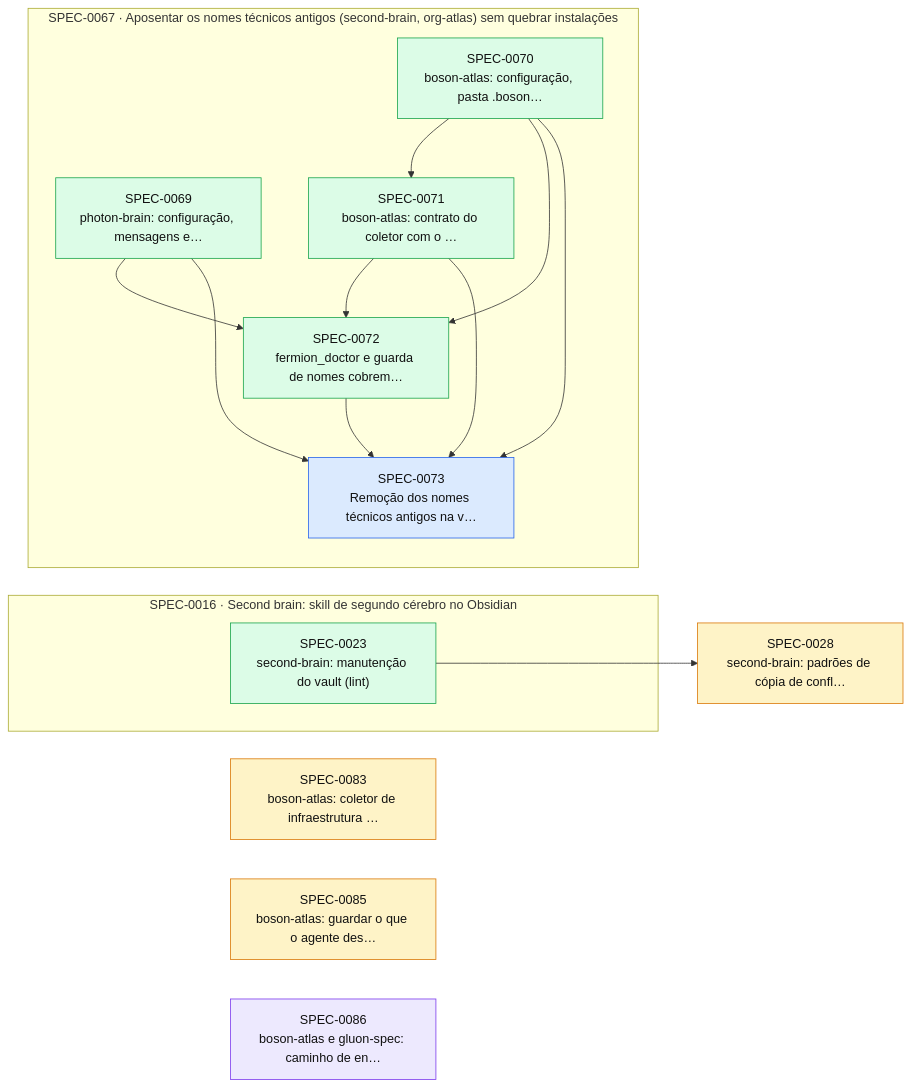
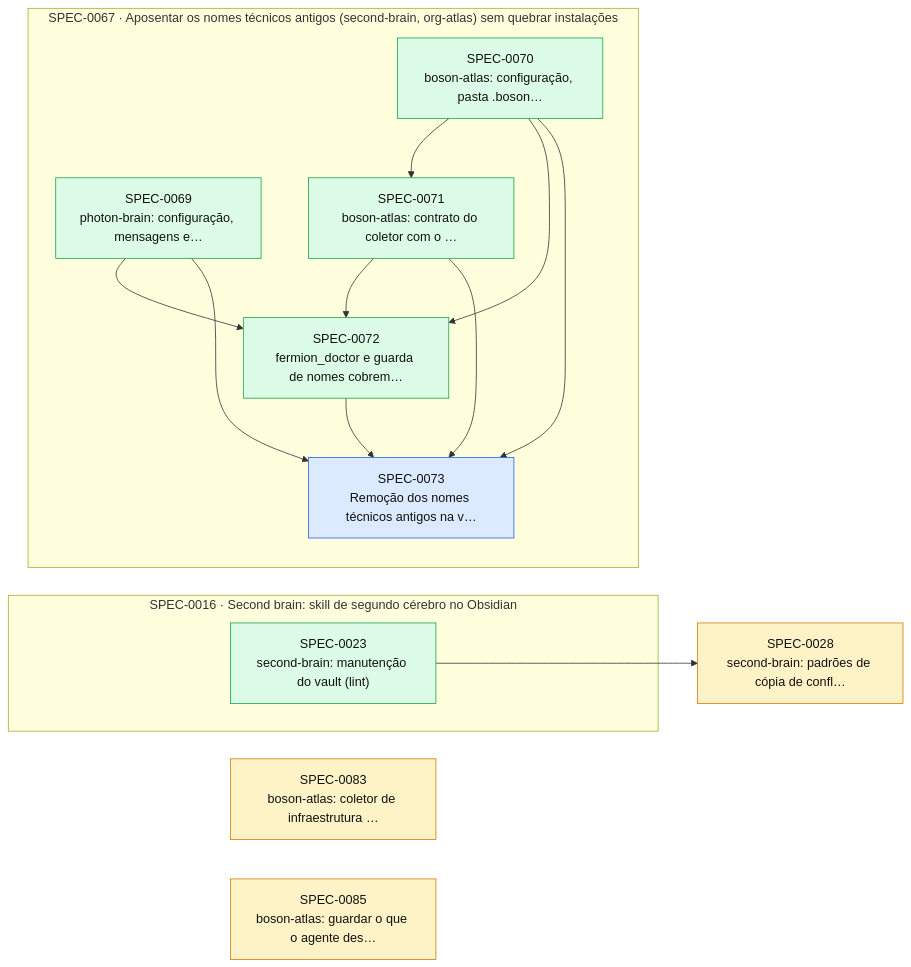
Before and after one commit to thomasravache/ai-dev-brain: the diagram in docs/specs/INDEX.md, drawn with Mermaid. The commit also changed other lines of this file and 1 other file, not shown here.

First line of the commit message:
docs(specs): G7 e fechamento da SPEC-0086

````diff
--- a/docs/specs/INDEX.md
+++ b/docs/specs/INDEX.md
@@ -64,31 +63,30 @@
 ```mermaid
 flowchart LR
   S0028["SPEC-0028<br/>second-brain: padrões de cópia de confl…"]:::proposed
   S0083["SPEC-0083<br/>boson-atlas: coletor de infraestrutura …"]:::proposed
   S0085["SPEC-0085<br/>boson-atlas: guardar o que o agente des…"]:::proposed
-  S0086["SPEC-0086<br/>boson-atlas e gluon-spec: caminho de en…"]:::inprogress
   subgraph E0016["SPEC-0016 · Second brain: skill de segundo cérebro no Obsidian"]
     S0023["SPEC-0023<br/>second-brain: manutenção do vault (lint)"]:::implemented
   end
   subgraph E0067["SPEC-0067 · Aposentar os nomes técnicos antigos (second-brain, org-atlas) sem quebrar instalações"]
     S0069["SPEC-0069<br/>photon-brain: configuração, mensagens e…"]:::implemented
     S0070["SPEC-0070<br/>boson-atlas: configuração, pasta .boson…"]:::implemented
     S0071["SPEC-0071<br/>boson-atlas: contrato do coletor com o …"]:::implemented
     S0072["SPEC-0072<br/>fermion_doctor e guarda de nomes cobrem…"]:::implemented
     S0073["SPEC-0073<br/>Remoção dos nomes técnicos antigos na v…"]:::approved
   end
   S0023 --> S0028
   S0070 --> S0071
   S0069 --> S0072
   S0070 --> S0072
   S0071 --> S0072
   S0069 --> S0073
   S0070 --> S0073
   S0071 --> S0073
   S0072 --> S0073
   classDef proposed fill:#fef3c7,stroke:#d97706,color:#111
   classDef approved fill:#dbeafe,stroke:#2563eb,color:#111
   classDef inprogress fill:#ede9fe,stroke:#7c3aed,color:#111
   classDef implemented fill:#dcfce7,stroke:#16a34a,color:#111
   classDef deprecated fill:#f3f4f6,stroke:#9ca3af,color:#6b7280
 ```
````
